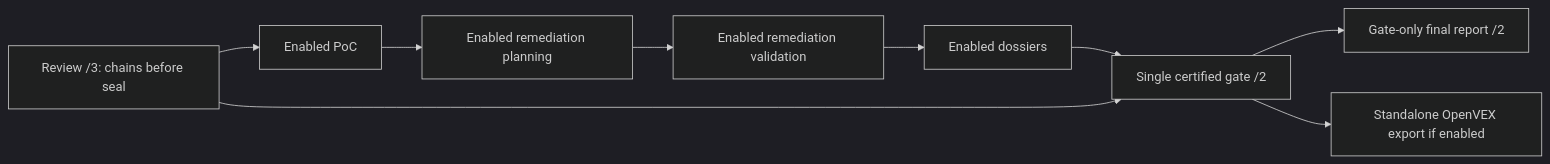
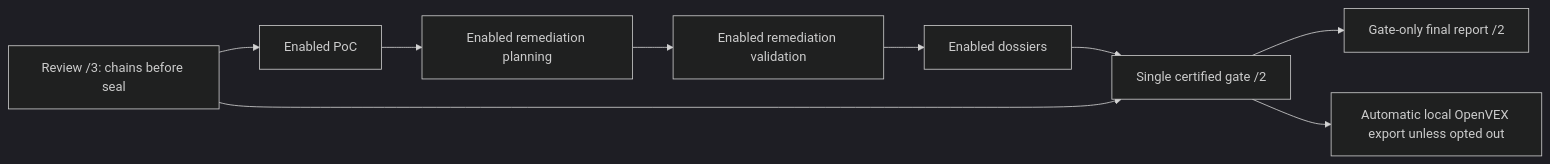
One commit to wsollers/appsec-review changed the diagram in docs/architecture/openvex-export.md. Above: the diagram before and after it, drawn with Mermaid (dark theme). The commit also changed other lines of this file and 10 other files, not shown here.

First line of the commit message:
docs: make automatic local OpenVEX policy explicit

````diff
--- a/docs/architecture/openvex-export.md
+++ b/docs/architecture/openvex-export.md
@@ -527,11 +548,11 @@
 ```mermaid
 flowchart LR
     Review["Review /3: chains before seal"] --> PoC["Enabled PoC"]
     PoC --> Plan["Enabled remediation planning"]
     Plan --> Validate["Enabled remediation validation"]
     Validate --> Dossiers["Enabled dossiers"]
     Dossiers --> Gate["Single certified gate /2"]
     Review --> Gate
     Gate --> Report["Gate-only final report /2"]
-    Gate --> Export["Standalone OpenVEX export if enabled"]
+    Gate --> Export["Automatic local OpenVEX export unless opted out"]
 ```
````
